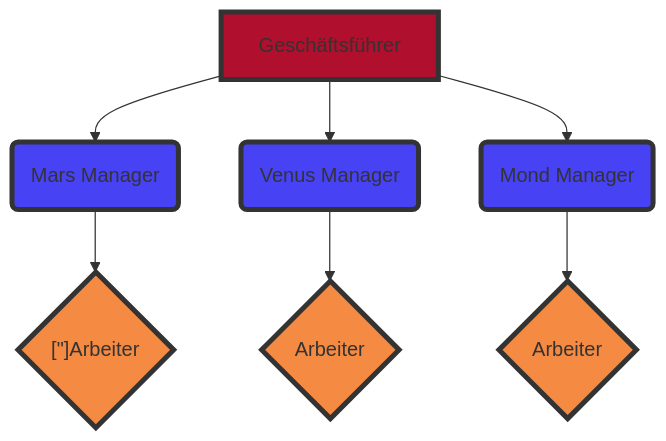
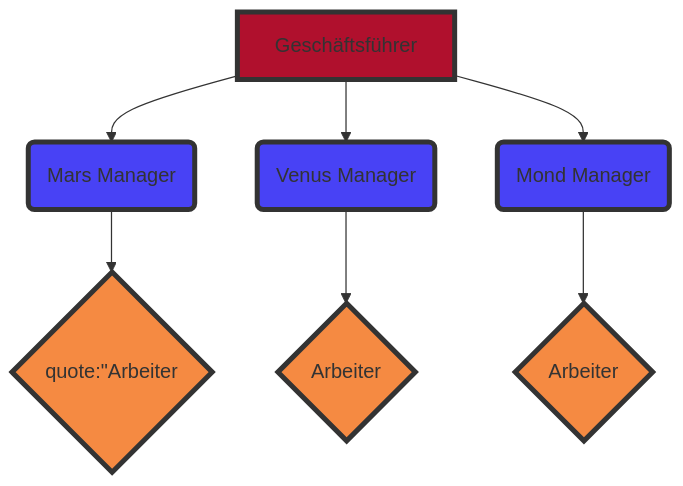
Before and after one commit to Team6IT26A/LF4: the diagram in Geltungsbereich.md, drawn with Mermaid.

````diff
--- a/Geltungsbereich.md
+++ b/Geltungsbereich.md
@@ -4,20 +4,20 @@
 ```mermaid
 graph TB
     A[Geschäftsführer]
     A --> B(Mars Manager)
     A --> C(Venus Manager)
     A --> D(Mond Manager)
-    E{"[&quot;]Arbeiter"}
+    E{"quote:#quot;Arbeiter"}
     F{Arbeiter}
     G{Arbeiter}
     B --> E
     C --> F
     D --> G
 
     classDef red fill:#b0102d,stroke:#333,stroke-width:4px;
     classDef blue fill:#4842f5,stroke:#333,stroke-width:4px;
     classDef orange fill:#f58a42,stroke:#333,stroke-width:4px;
     class A red
     class B,C,D blue
     class E,F,G orange
 ```
````
